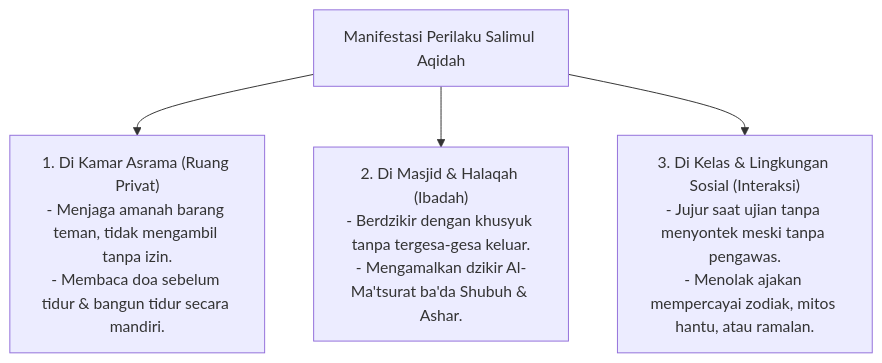
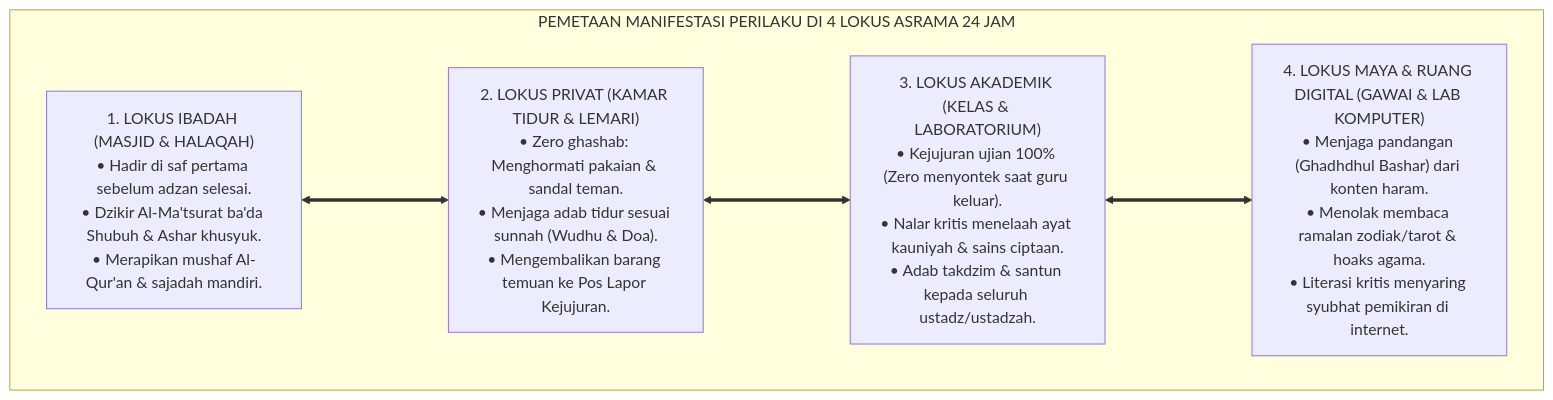
The fifth of 8 diagrams in 03 Capacity Framework/04 Salimul Aqidah/P3-04-06-Manifestasi-Perilaku-Santri.md (wandiapriliyandi/tumbuh), drawn with Mermaid before and after one commit. The commit also changed other lines of this file and 1 other file, not shown here.

Commit message:
feat(capacity-framework): upgrade sub-modul 06 dan 07 Salimul Aqidah ke standar monograf riset hibrida dialektis A+

````diff
--- a/03 Capacity Framework/04 Salimul Aqidah/P3-04-06-Manifestasi-Perilaku-Santri.md
+++ b/03 Capacity Framework/04 Salimul Aqidah/P3-04-06-Manifestasi-Perilaku-Santri.md
@@ -10,10 +169,15 @@
 ```mermaid
-graph TD
-    Perilaku["Manifestasi Perilaku Salimul Aqidah"]
-    
-    Perilaku --> B1["1. Di Kamar Asrama (Ruang Privat)<br/>- Menjaga amanah barang teman, tidak mengambil tanpa izin.<br/>- Membaca doa sebelum tidur & bangun tidur secara mandiri."]
-    
-    Perilaku --> B2["2. Di Masjid & Halaqah (Ibadah)<br/>- Berdzikir dengan khusyuk tanpa tergesa-gesa keluar.<br/>- Mengamalkan dzikir Al-Ma'tsurat ba'da Shubuh & Ashar."]
-    
-    Perilaku --> B3["3. Di Kelas & Lingkungan Sosial (Interaksi)<br/>- Jujur saat ujian tanpa menyontek meski tanpa pengawas.<br/>- Menolak ajakan mempercayai zodiak, mitos hantu, atau ramalan."]
+flowchart TD
+    subgraph EmpatLokusAsramaTUMBUH["PEMETAAN MANIFESTASI PERILAKU DI 4 LOKUS ASRAMA 24 JAM"]
+        
+        Lokus1["1. LOKUS IBADAH (MASJID & HALAQAH)<br/>• Hadir di saf pertama sebelum adzan selesai.<br/>• Dzikir Al-Ma'tsurat ba'da Shubuh & Ashar khusyuk.<br/>• Merapikan mushaf Al-Qur'an & sajadah mandiri."]
+        
+        Lokus2["2. LOKUS PRIVAT (KAMAR TIDUR & LEMARI)<br/>• Zero ghashab: Menghormati pakaian & sandal teman.<br/>• Menjaga adab tidur sesuai sunnah (Wudhu & Doa).<br/>• Mengembalikan barang temuan ke Pos Lapor Kejujuran."]
+        
+        Lokus3["3. LOKUS AKADEMIK (KELAS & LABORATORIUM)<br/>• Kejujuran ujian 100% (Zero menyontek saat guru keluar).<br/>• Nalar kritis menelaah ayat kauniyah & sains ciptaan.<br/>• Adab takdzim & santun kepada seluruh ustadz/ustadzah."]
+        
+        Lokus4["4. LOKUS MAYA & RUANG DIGITAL (GAWAI & LAB KOMPUTER)<br/>• Menjaga pandangan (Ghadhdhul Bashar) dari konten haram.<br/>• Menolak membaca ramalan zodiak/tarot & hoaks agama.<br/>• Literasi kritis menyaring syubhat pemikiran di internet."]
+        
+        Lokus1 <===> Lokus2 <===> Lokus3 <===> Lokus4
+    end
 ```
````
